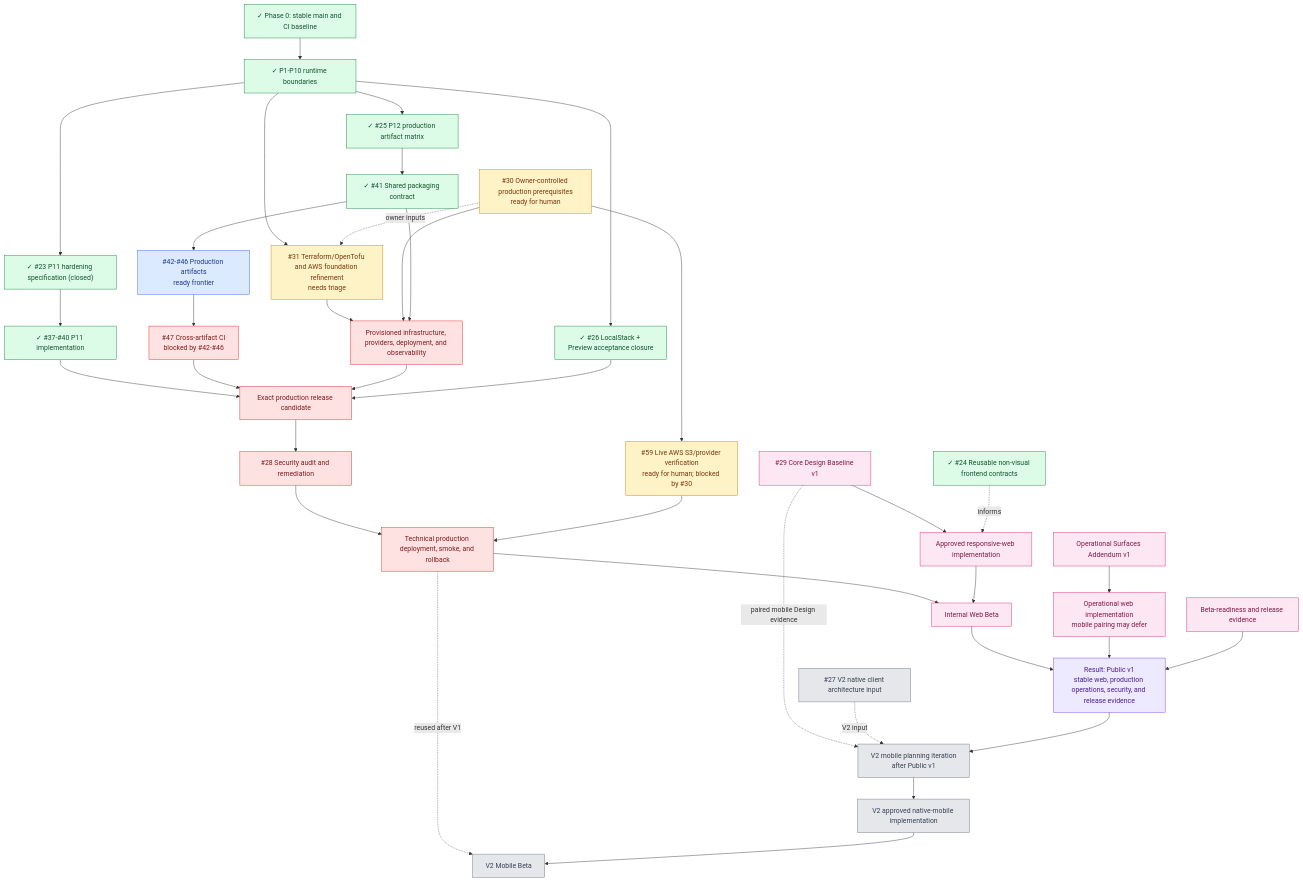
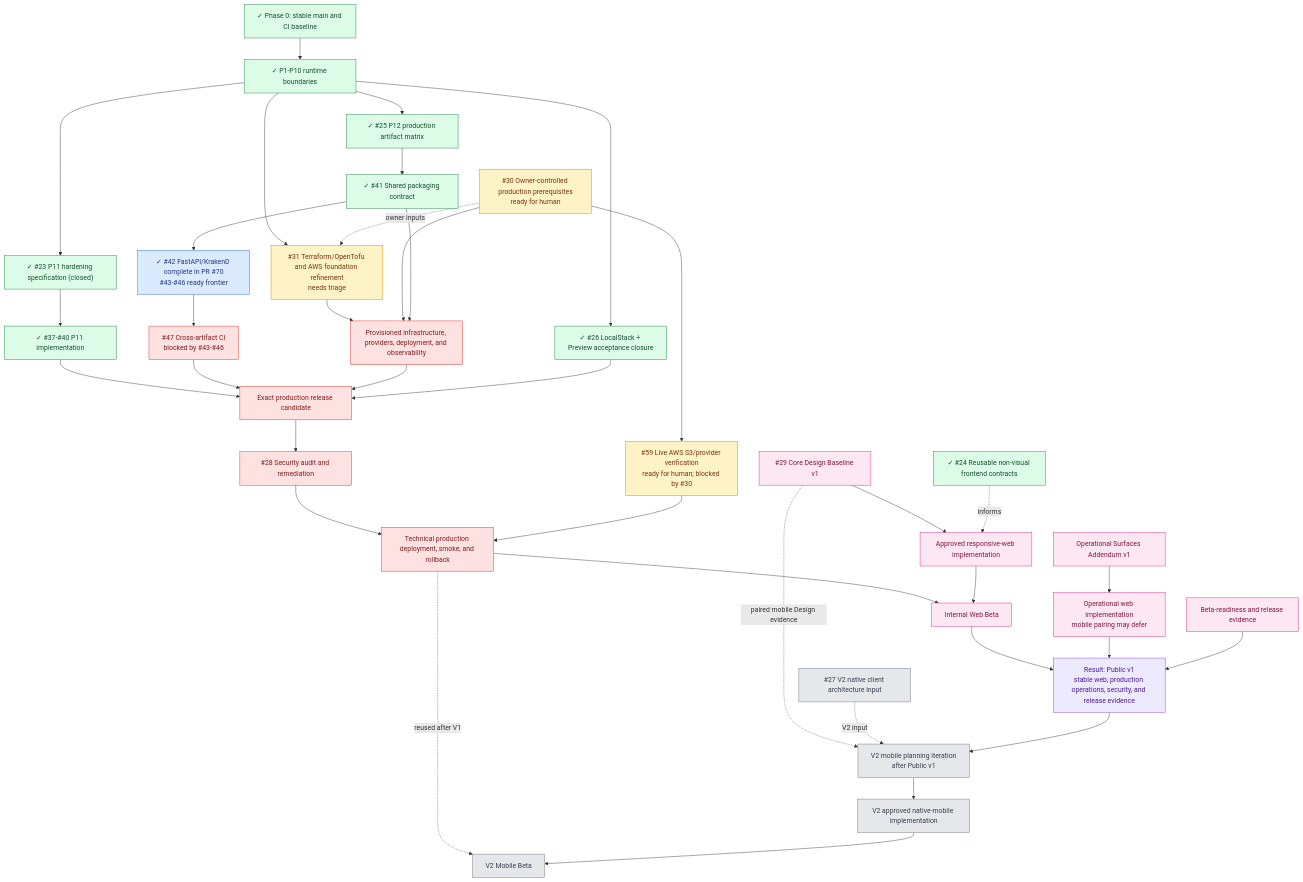
One commit to starkovalera/recipe-manager changed the third of 3 diagrams in docs/roadmap.md. Above: the diagram before and after it, drawn with Mermaid. The commit also changed other lines of this file and 15 other files, not shown here.

First line of the commit message:
feat(infra): add API and KrakenD production artifacts (#42) (#70)

```diff
--- a/docs/roadmap.md
+++ b/docs/roadmap.md
@@ -174,8 +174,8 @@
   p11Implementation["✓ #37-#40 P11 implementation"]
   p12Spec["✓ #25 P12 production artifact matrix"]
   p12Shared["✓ #41 Shared packaging contract"]
-  p12Artifacts["#42-#46 Production artifacts<br/>ready frontier"]
-  p12Ci["#47 Cross-artifact CI<br/>blocked by #42-#46"]
+  p12Artifacts["✓ #42 FastAPI/KrakenD complete in PR #70<br/>#43-#46 ready frontier"]
+  p12Ci["#47 Cross-artifact CI<br/>blocked by #43-#46"]
   localstack["✓ #26 LocalStack + Preview acceptance closure"]
   liveAws["#59 Live AWS S3/provider verification<br/>ready for human; blocked by #30"]
   frontendAudit["✓ #24 Reusable non-visual frontend contracts"]
```
